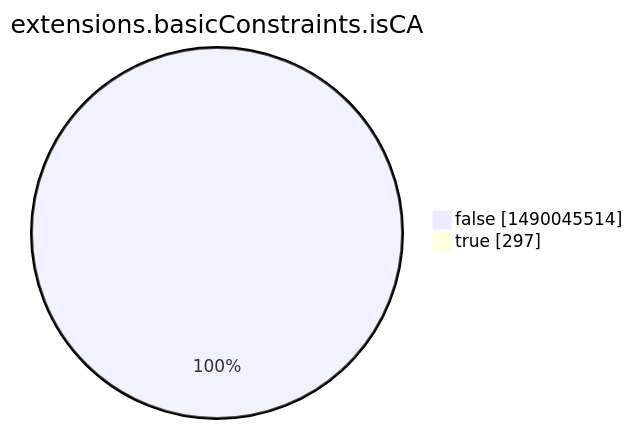
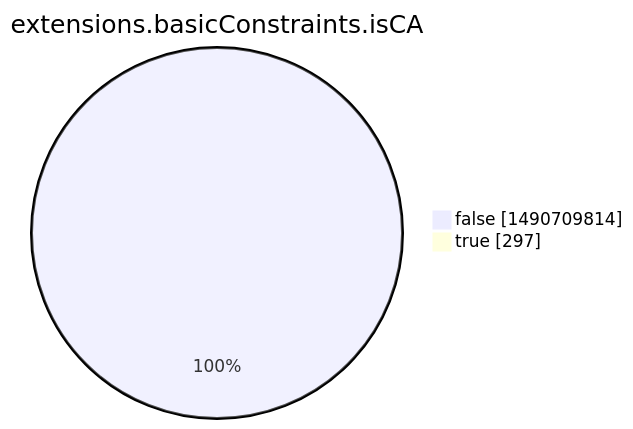
Before and after one commit to christiankrug/ctmonitor_visualization: the eighth of 15 diagrams in argon2022/README.md, drawn with Mermaid. The commit also changed other lines of this file, not shown here.

````diff
--- a/argon2022/README.md
+++ b/argon2022/README.md
@@ -2760,6 +2760,6 @@
 ```mermaid
 pie showData
 title extensions.basicConstraints.isCA
-"false" :1490045514
+"false" :1490709814
 "true" :297
 ```
````
